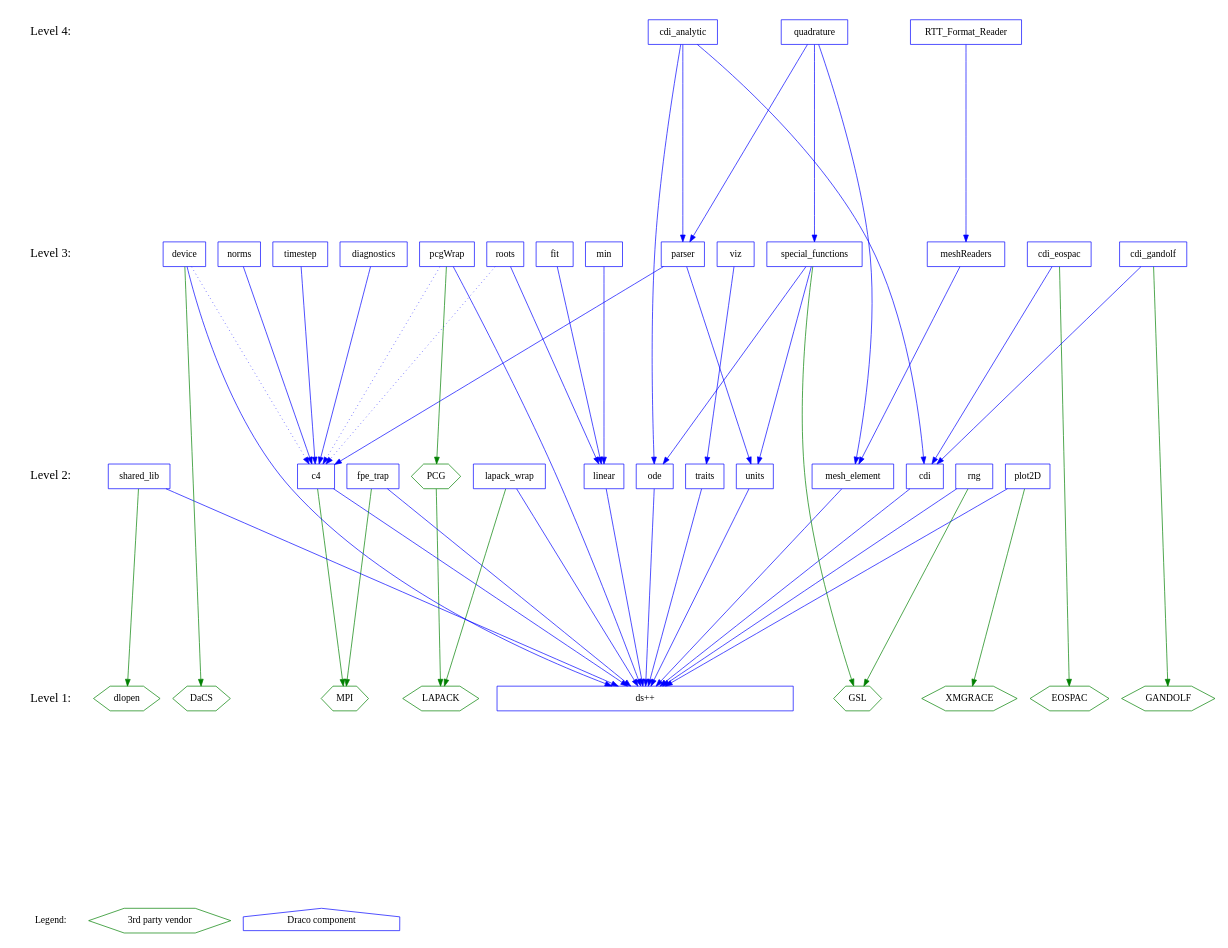
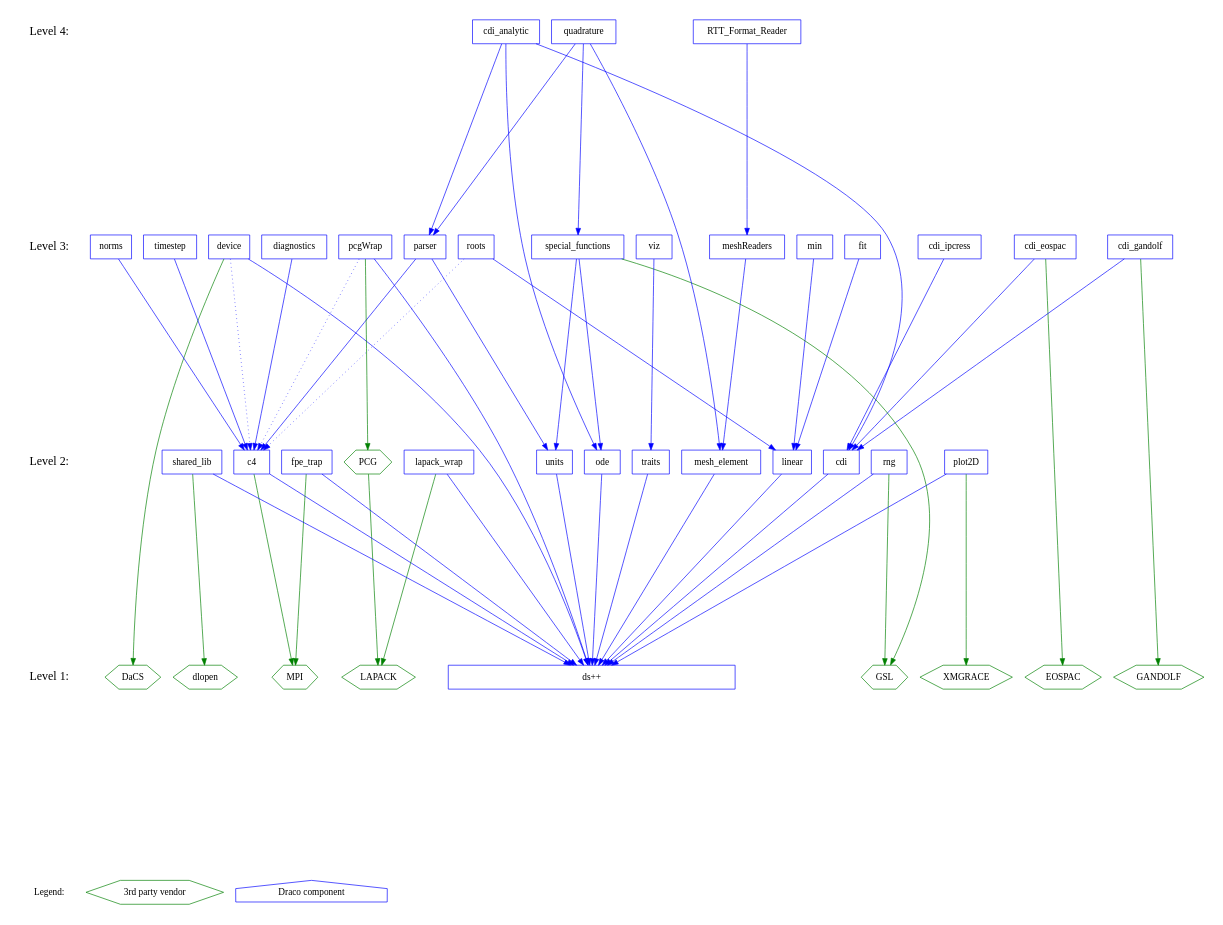
One commit to warsa/Draco changed the diagram in doc/design/level.dot. Above: the diagram before and after it, drawn with Graphviz.

Commit message:
+ Add cdi_ipcress to the level diagram.

```diff
--- a/doc/design/level.dot
+++ b/doc/design/level.dot
@@ -1,138 +1,140 @@
 digraph draco_level {
     /* graph attributes */
     center=1;
     size="7.5,10";
     ranksep=4;
     
     /* levels */
     legend [shape=plaintext, label="Legend:", fontsize=14];
     level1 [shape=plaintext, label="Level 1:", fontsize=18];
     level2 [shape=plaintext, label="Level 2:", fontsize=18];
     level3 [shape=plaintext, label="Level 3:", fontsize=18];
     level4 [shape=plaintext, label="Level 4:", fontsize=18];
 /*     level5 [shape=plaintext, label="Level 5:", fontsize=18]; */
 /*    level6 [shape=plaintext, label="Level 6:", fontsize=18]; */
     
     /* level6 -> level5 -> */
     level4 -> level3 -> level2 -> level1 -> legend [style=invis];
     
     /* packages */
 
     /* legend */
     leg_vendor [shape=box, label="3rd party vendor", color=green, shape=hexagon];
     leg_draco  [shape=box, label="Draco component",  color=blue,  shape=house ];
 
     /* level 1 */
     vdlopen    [shape=hexagon, color=green, label="dlopen"];
     veospac    [shape=hexagon, color=green, label="EOSPAC"];
     vgandolf   [shape=hexagon, color=green, label="GANDOLF"];
     vgrace     [shape=hexagon, color=green, label="XMGRACE"];
     vlapack    [shape=hexagon, color=green, label="LAPACK"];
     vmpi       [shape=hexagon, color=green, label="MPI"];
     vdacs      [shape=hexagon, color=green, label="DaCS"];
         
     dsxx [shape=box, color=blue, label="ds++", width=6];
     
     /* level 2 */
     vgsl       [shape=hexagon, color=green, label="GSL"];
     vpcg       [shape=hexagon, color=green, label="PCG"];
 
     c4         [shape=box, color=blue, label="c4"];
     cdi        [shape=box, color=blue, label="cdi"];
     fpetrap    [shape=box, color=blue, label="fpe_trap"];
     lapack     [shape=box, color=blue, label="lapack_wrap"];
     linear     [shape=box, color=blue, label="linear"];
     meshelement [shape=box, color=blue, label="mesh_element"];
     ode        [shape=box, color=blue, label="ode"];
     plot       [shape=box, color=blue, label="plot2D"];
     rng        [shape=box, color=blue, label="rng"];
     shlib      [shape=box, color=blue, label="shared_lib"];
     traits     [shape=box, color=blue, label="traits"];
     units      [shape=box, color=blue, label="units"];
         
     /* level 3 */
     device    [shape=box, color=blue, label="device"];
     cdieos    [shape=box, color=blue, label="cdi_eospac"];
     cdigan    [shape=box, color=blue, label="cdi_gandolf"];
+    cdiip     [shape=box, color=blue, label="cdi_ipcress"];
     diagnostics [shape=box, color=blue, label="diagnostics"];
     fit       [shape=box, color=blue, label="fit"];
     meshread  [shape=box, color=blue, label="meshReaders"];
     min       [shape=box, color=blue, label="min"];
     norms     [shape=box, color=blue, label="norms"];
     parser    [shape=box, color=blue, label="parser"];
     pcg       [shape=box, color=blue, label="pcgWrap"];
     roots     [shape=box, color=blue, label="roots"];
     sf        [shape=box, color=blue, label="special_functions"];
     timestep  [shape=box, color=blue, label="timestep"];
     viz       [shape=box, color=blue, label="viz"];
     
     /* level 4 */
     cdianal   [shape=box, color=blue, label="cdi_analytic"];
     quad      [shape=box, color=blue, label="quadrature"];
     rttread   [shape=box, color=blue, label="RTT_Format_Reader"];
     
     /* dependencies */
     {rank=same; legend leg_vendor leg_draco};
     {rank=same; level1 dsxx vlapack vmpi veospac vgandolf vgrace vdlopen vgsl vdacs};
     {rank=same; level2 shlib plot lapack traits c4 fpetrap units cdi vpcg ode linear};
     {rank=same; level3 viz timestep cdieos cdigan pcg meshread parser sf};
     {rank=same; level4 rttread quad};
     
     /* draco packages */
 
     /* NOTE:  hidden dependencies are in comments at the end of each line.
      * For example if a package depends on c4 it implicitly depends on dsxx
      * as well.  The dependency on dsxx is not shown explicitly on the
      * graph. 
     
     /* level 2 */
     c4          -> {dsxx}        [color=blue];
     c4          -> {vmpi}        [color=green];
     cdi         -> {dsxx}        [color=blue];
     fpetrap     -> {dsxx}        [color=blue];
     fpetrap     -> {vmpi}        [color=green];
     lapack      -> {dsxx}        [color=blue];
     lapack      -> {vlapack}     [color=green];
     linear      -> {dsxx}        [color=blue];
     meshelement -> {dsxx}        [color=blue];
     ode         -> {dsxx}        [color=blue];
     plot        -> {dsxx}        [color=blue];
     plot        -> {vgrace}      [color=green];
     rng         -> {dsxx}        [color=blue];
     rng         -> {vgsl}        [color=green];
     shlib       -> {dsxx}        [color=blue];
     shlib       -> {vdlopen}     [color=green];
     traits      -> {dsxx}        [color=blue];
     units       -> {dsxx}        [color=blue];
     vpcg        -> {vlapack}     [color=green];
     
     /* level 3 */
     device      -> {dsxx}        [color=blue];
     device      -> {c4}          [color=blue, style=dotted];
     device      -> {vdacs}       [color=green];
     cdieos      -> {cdi}         [color=blue];
     cdieos      -> {veospac}     [color=green]; 
     cdigan      -> {cdi}         [color=blue]; 
     cdigan      -> {vgandolf}    [color=green];
+    cdiip       -> {cdi}         [color=blue];
     diagnostics -> {c4}          [color=blue];
     fit         -> {linear}      [color=blue];
     meshread    -> {meshelement} [color=blue];
     min         -> {linear}      [color=blue];
     norms       -> {c4}          [color=blue];
     parser      -> {c4 units}    [color=blue];
     pcg         -> {c4}          [color=blue style=dotted];
     pcg         -> {dsxx}        [color=blue];
     pcg         -> {vpcg}        [color=green];
     roots       -> {linear}      [color=blue];
     roots       -> {c4}          [color=blue, style=dotted];
     sf          -> {units ode}   [color=blue];
     sf          -> {vgsl}        [color=green];
     timestep    -> {c4}          [color=blue];
     viz         -> {traits}      [color=blue];
 
     /* level 4 */
     cdianal     -> {parser cdi ode}        [color=blue];
     quad        -> {sf meshelement parser} [color=blue];
     rttread     -> {meshread}              [color=blue];
 
 }
```
